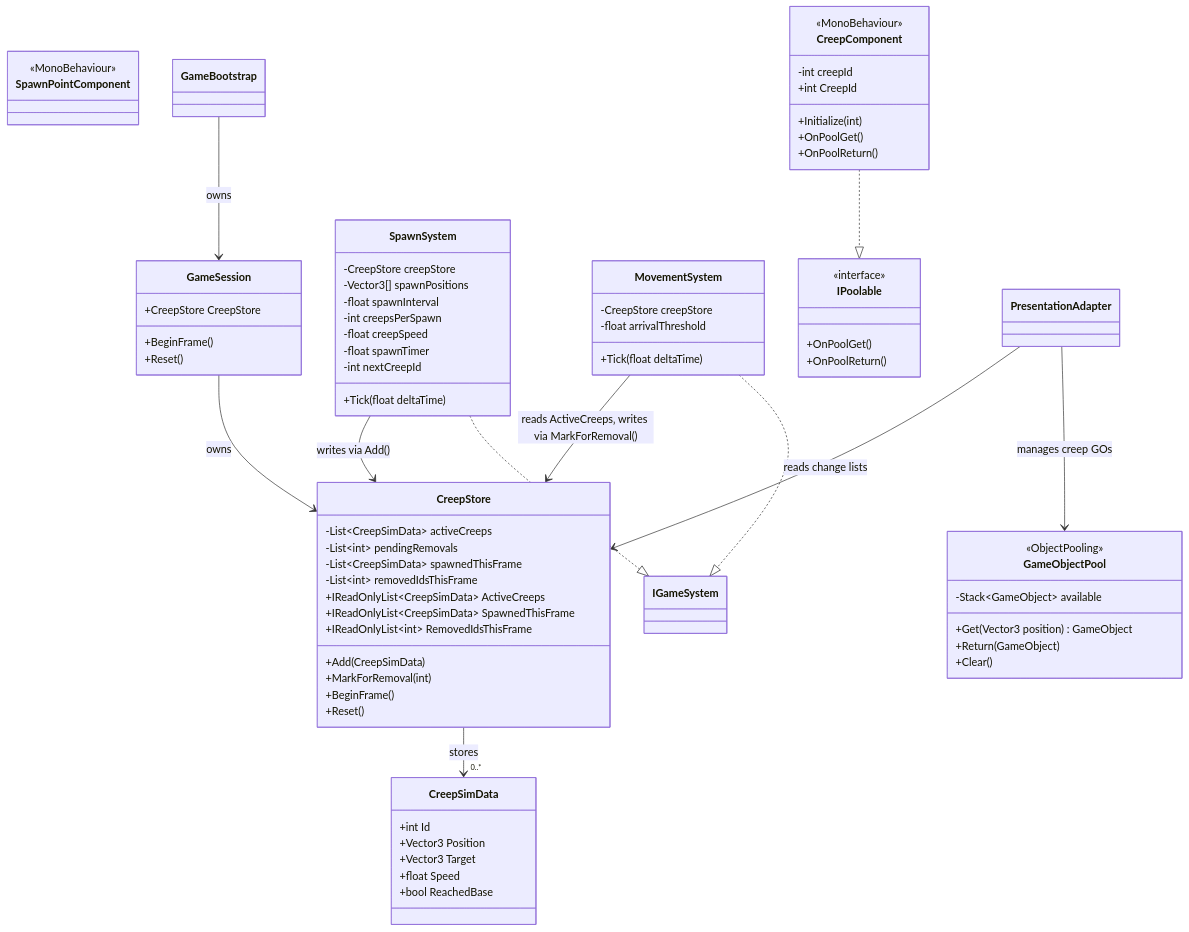
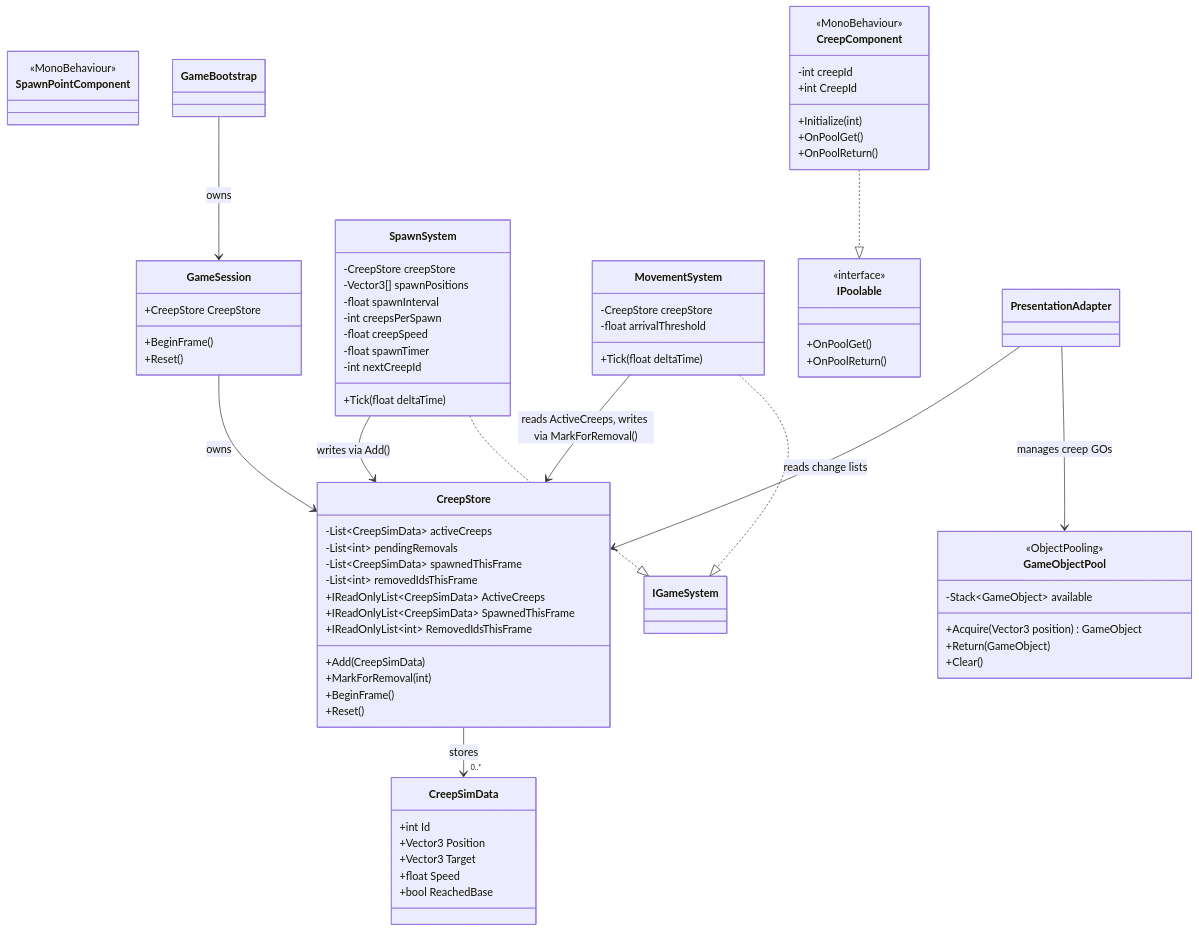
The sixth of 13 diagrams in Docs/Architecture-Diagrams.md (Number10Ox/MorlocsTowerDefense), drawn with Mermaid before and after one commit. The commit also changed other lines of this file and 46 other files, not shown here.

```diff
--- a/Docs/Architecture-Diagrams.md
+++ b/Docs/Architecture-Diagrams.md
@@ -449,7 +456,7 @@
     class GameObjectPool {
         <<ObjectPooling>>
         -Stack~GameObject~ available
-        +Get(Vector3 position) GameObject
+        +Acquire(Vector3 position) GameObject
         +Return(GameObject)
         +Clear()
     }
```
